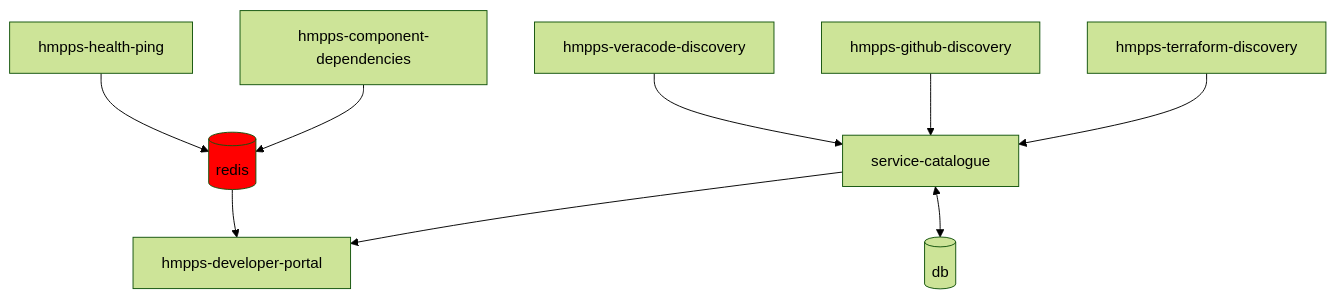
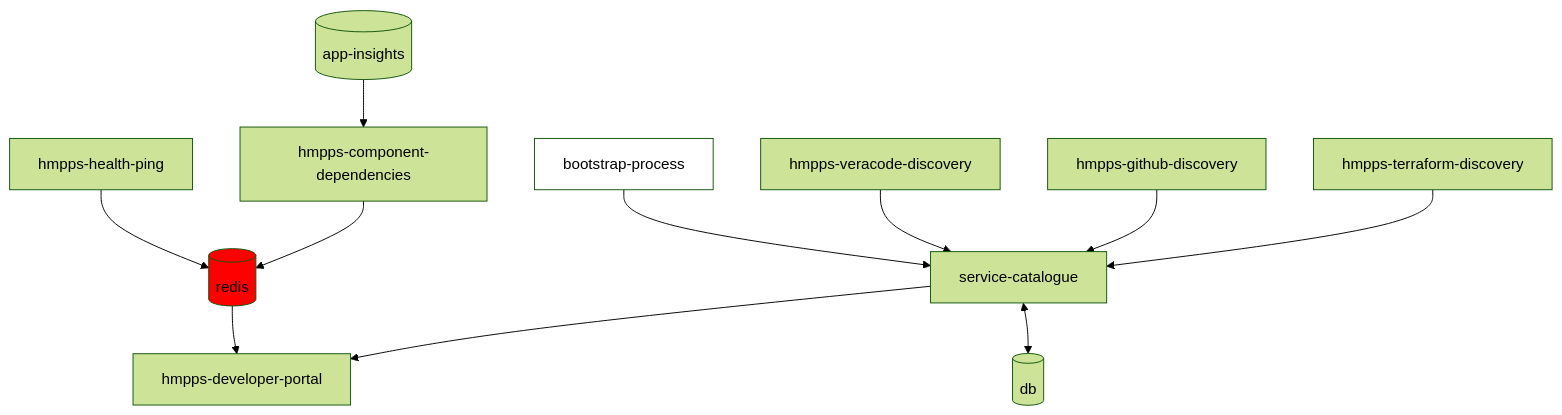
Before and after one commit to ministryofjustice/hmpps-developer-portal: the diagram in README.md, drawn with Mermaid (forest theme). The commit also changed 3 other files, not shown here.

````diff
--- a/README.md
+++ b/README.md
@@ -8,18 +8,23 @@
 ```mermaid
 graph TD
     service-catalogue
+    app-insights[(app-insights)]
     service-catalogue-db[(db)]
     service-catalogue <--> service-catalogue-db
+
+    classDef projectjson fill:#FFFFFF;
+    bootstrap[bootstrap]:::projectjson
 
     classDef redis fill:#FF0000;
     redis[(redis)]:::redis
     hmpps-health-ping --> redis
     hmpps-component-dependencies --> redis
-
+    bootstrap[bootstrap-process] --> service-catalogue
+    app-insights --> hmpps-component-dependencies
     redis -->  hmpps-developer-portal
     service-catalogue -->  hmpps-developer-portal
 
     hmpps-veracode-discovery --> service-catalogue
     hmpps-github-discovery --> service-catalogue
     hmpps-terraform-discovery --> service-catalogue
 ```
````
